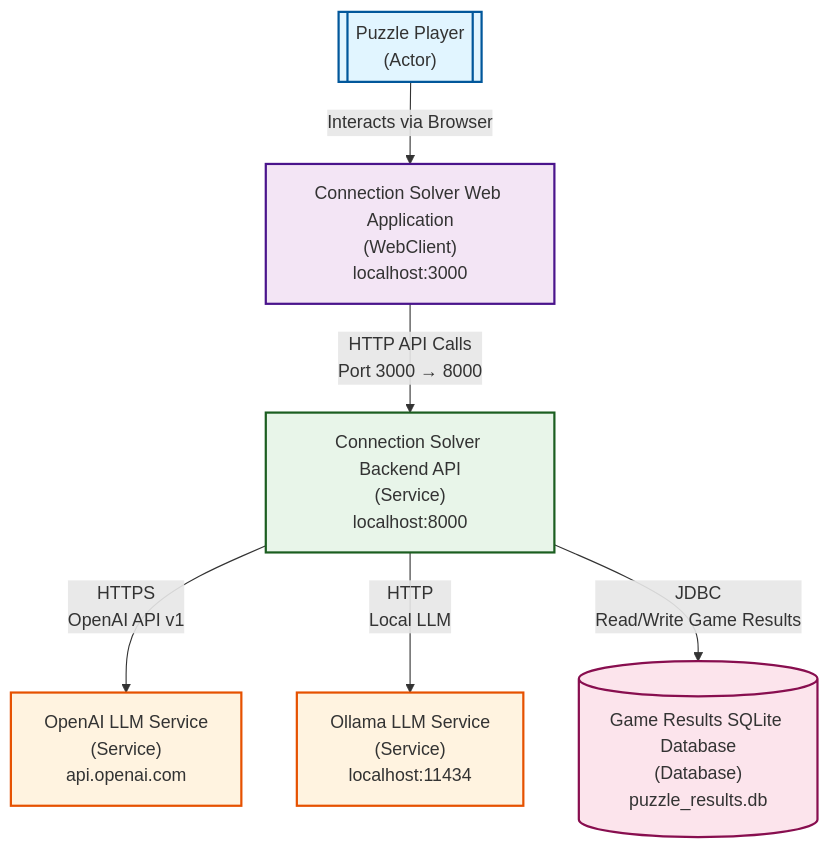
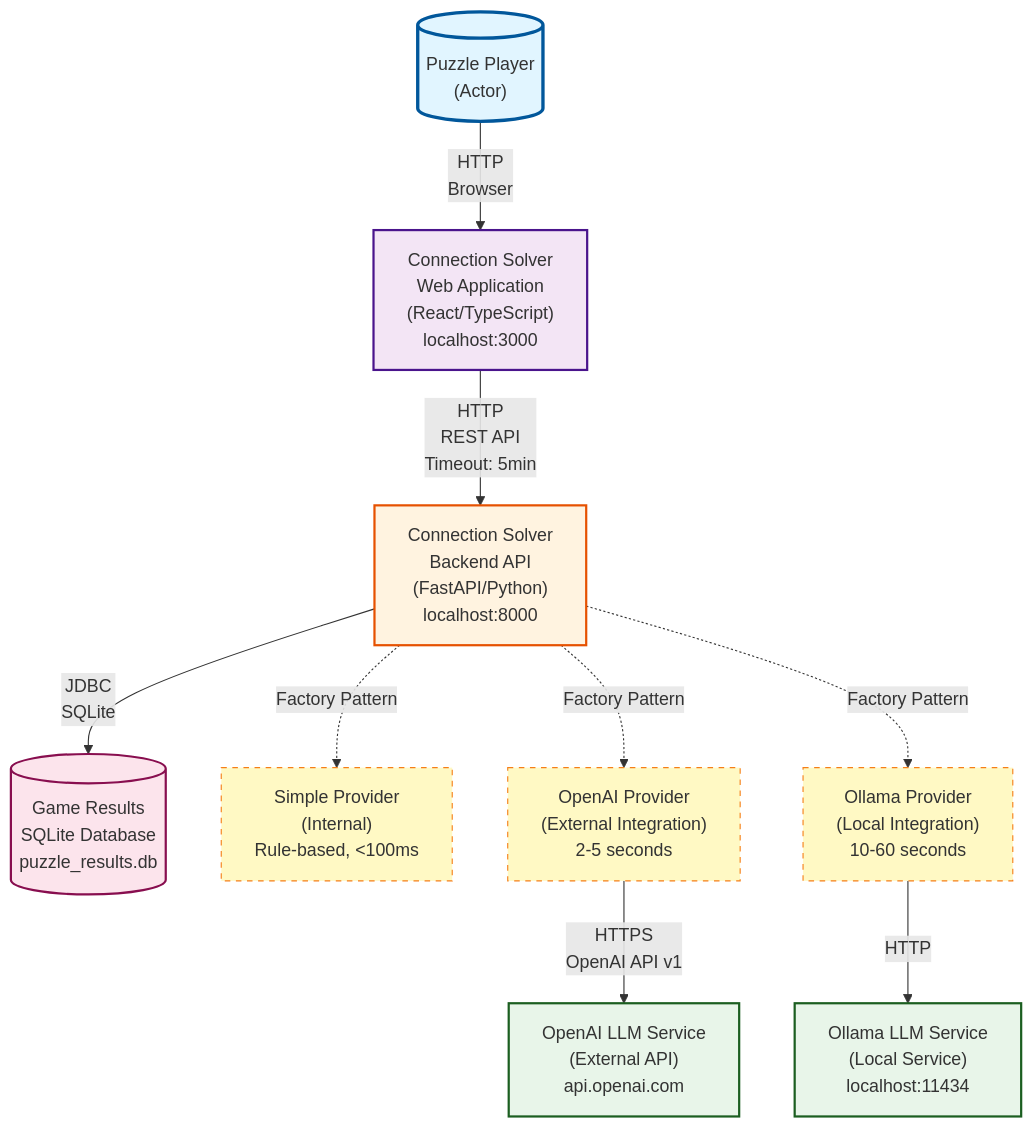
Before and after one commit to jimthompson5802/sdd_connection_solver2: the first of 11 diagrams in docs/diagrams/connection_solver_architecture.md, drawn with Mermaid. The commit also changed other lines of this file and 3 other files, not shown here.

First line of the commit message:
DOC: Update CALM architecture with additional simple provider metadata (#26)

````diff
--- a/docs/diagrams/connection_solver_architecture.md
+++ b/docs/diagrams/connection_solver_architecture.md
@@ -8,38 +7,54 @@
 ```mermaid
 graph TB
     %% Actors
-    Player[["Puzzle Player<br/>(Actor)"]]
+    Player[("Puzzle Player<br/>(Actor)")]
 
     %% Frontend
-    Frontend["Connection Solver Web Application<br/>(WebClient)<br/>localhost:3000"]
+    Frontend["Connection Solver<br/>Web Application<br/>(React/TypeScript)<br/>localhost:3000"]
 
     %% Backend
-    Backend["Connection Solver Backend API<br/>(Service)<br/>localhost:8000"]
+    Backend["Connection Solver<br/>Backend API<br/>(FastAPI/Python)<br/>localhost:8000"]
 
     %% External Services
-    OpenAI["OpenAI LLM Service<br/>(Service)<br/>api.openai.com"]
-    Ollama["Ollama LLM Service<br/>(Service)<br/>localhost:11434"]
+    OpenAI["OpenAI LLM Service<br/>(External API)<br/>api.openai.com"]
+    Ollama["Ollama LLM Service<br/>(Local Service)<br/>localhost:11434"]
 
     %% Database
-    DB[("Game Results SQLite Database<br/>(Database)<br/>puzzle_results.db")]
+    Database[("Game Results<br/>SQLite Database<br/>puzzle_results.db")]
 
-    %% Relationships
-    Player -->|"Interacts via Browser"| Frontend
-    Frontend -->|"HTTP API Calls<br/>Port 3000 → 8000"| Backend
-    Backend -->|"HTTPS<br/>OpenAI API v1"| OpenAI
-    Backend -->|"HTTP<br/>Local LLM"| Ollama
-    Backend -->|"JDBC<br/>Read/Write Game Results"| DB
+    %% LLM Providers in Backend
+    SimpleProvider["Simple Provider<br/>(Internal)<br/>Rule-based, &lt;100ms"]
+    OpenAIProvider["OpenAI Provider<br/>(External Integration)<br/>2-5 seconds"]
+    OllamaProvider["Ollama Provider<br/>(Local Integration)<br/>10-60 seconds"]
+
+    %% Connections
+    Player -->|"HTTP<br/>Browser"| Frontend
+    Frontend -->|"HTTP<br/>REST API<br/>Timeout: 5min"| Backend
+
+    %% Backend to LLM Providers (internal)
+    Backend -.->|"Factory Pattern"| SimpleProvider
+    Backend -.->|"Factory Pattern"| OpenAIProvider
+    Backend -.->|"Factory Pattern"| OllamaProvider
+
+    %% Provider to External Services
+    OpenAIProvider -->|"HTTPS<br/>OpenAI API v1"| OpenAI
+    OllamaProvider -->|"HTTP"| Ollama
+
+    %% Backend to Database
+    Backend -->|"JDBC<br/>SQLite"| Database
 
     %% Styling
-    classDef actor fill:#e1f5ff,stroke:#01579b,stroke-width:2px
-    classDef webclient fill:#f3e5f5,stroke:#4a148c,stroke-width:2px
-    classDef service fill:#e8f5e9,stroke:#1b5e20,stroke-width:2px
-    classDef external fill:#fff3e0,stroke:#e65100,stroke-width:2px
+    classDef actor fill:#e1f5ff,stroke:#01579b,stroke-width:3px
+    classDef frontend fill:#f3e5f5,stroke:#4a148c,stroke-width:2px
+    classDef backend fill:#fff3e0,stroke:#e65100,stroke-width:2px
+    classDef external fill:#e8f5e9,stroke:#1b5e20,stroke-width:2px
     classDef database fill:#fce4ec,stroke:#880e4f,stroke-width:2px
+    classDef provider fill:#fff9c4,stroke:#f57f17,stroke-width:1px,stroke-dasharray: 5 5
 
     class Player actor
-    class Frontend webclient
-    class Backend service
+    class Frontend frontend
+    class Backend backend
     class OpenAI,Ollama external
-    class DB database
+    class Database database
+    class SimpleProvider,OpenAIProvider,OllamaProvider provider
 ```
````
